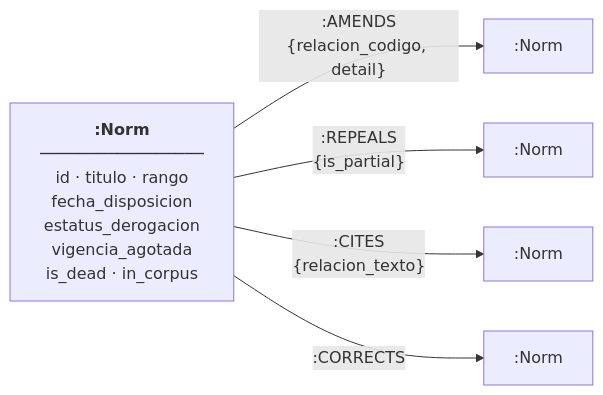
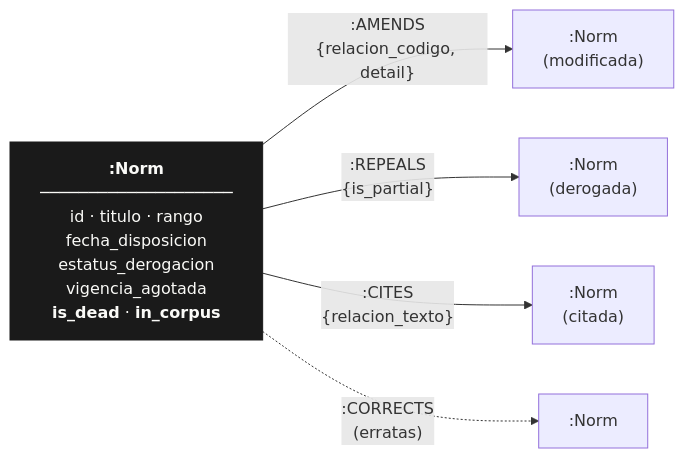
One commit to guillermolopezareal/council-of-ministers changed the diagram in DESIGN.md. Above: the diagram before and after it, drawn with Mermaid. The commit also changed other lines of this file, not shown here.

First line of the commit message:
docs: rewrite DESIGN.md in Spanish, restructured around schema-first defense

````diff
--- a/DESIGN.md
+++ b/DESIGN.md
@@ -12,7 +13,11 @@
 ```mermaid
 graph LR
-    A["<b>:Norm</b><br/>─────────────────<br/>id · titulo · rango<br/>fecha_disposicion<br/>estatus_derogacion<br/>vigencia_agotada<br/>is_dead · in_corpus"] -- ":AMENDS<br/>{relacion_codigo, detail}" --> B[:Norm]
-    A -- ":REPEALS<br/>{is_partial}" --> C[:Norm]
-    A -- ":CITES<br/>{relacion_texto}" --> D[:Norm]
-    A -- ":CORRECTS" --> E[:Norm]
+    A["<b>:Norm</b><br/>────────────────────<br/>id · titulo · rango<br/>fecha_disposicion<br/>estatus_derogacion<br/>vigencia_agotada<br/><b>is_dead</b> · <b>in_corpus</b>"]
+
+    A -- ":AMENDS<br/>{relacion_codigo, detail}" --> B[":Norm<br/>(modificada)"]
+    A -- ":REPEALS<br/>{is_partial}" --> C[":Norm<br/>(derogada)"]
+    A -- ":CITES<br/>{relacion_texto}" --> D[":Norm<br/>(citada)"]
+    A -. ":CORRECTS<br/>(erratas)" .-> E[":Norm"]
+
+    style A fill:#1a1a1a,color:#fafaf7,stroke:#1a1a1a
 ```
````
